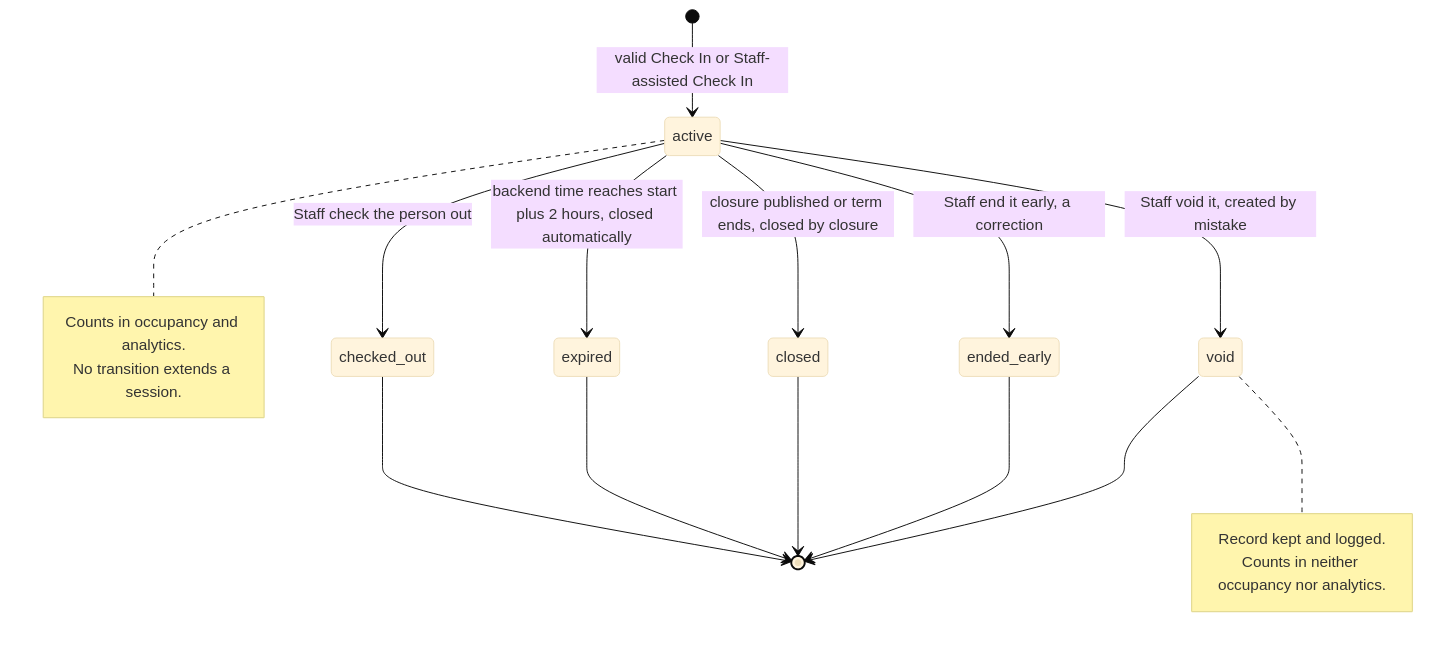
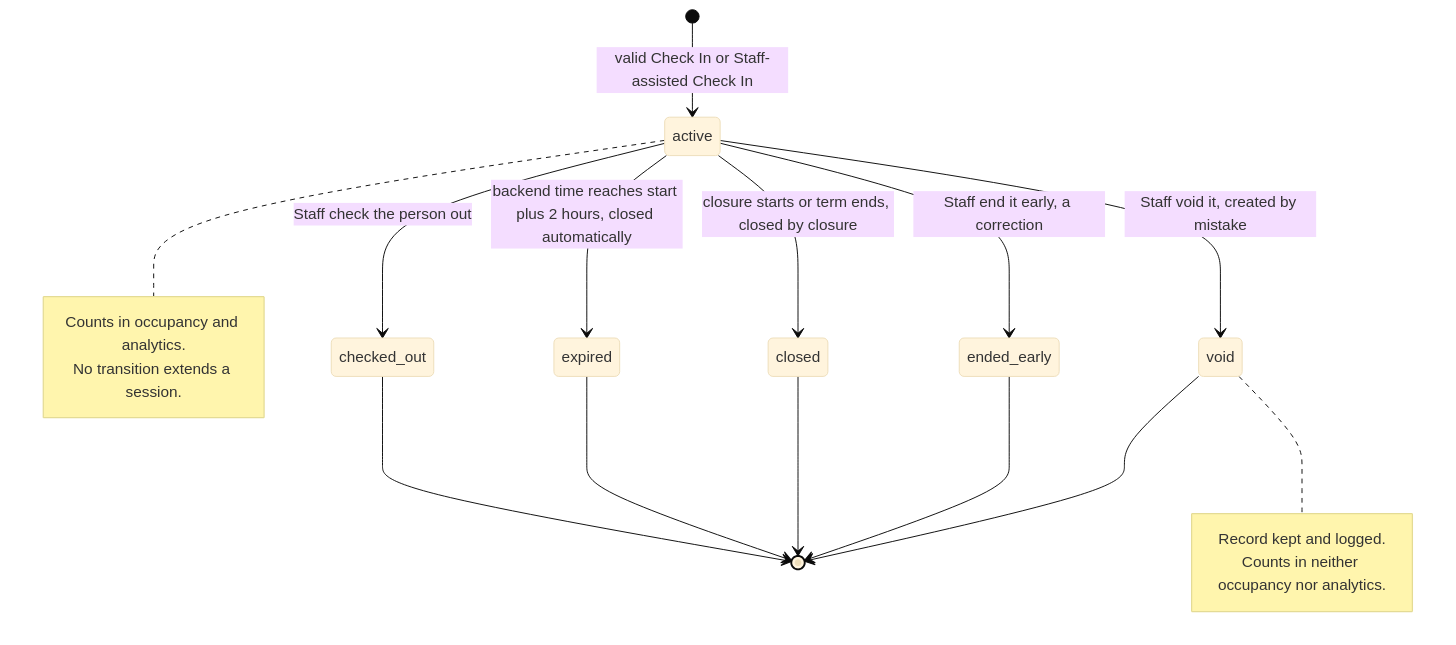
The fourth of 12 diagrams in docs/design/check-in-flows.md (Th3-Minorities/natatorio-gym-app), drawn with Mermaid (base theme) before and after one commit. The commit also changed other lines of this file and 3 other files, not shown here.

````diff
--- a/docs/design/check-in-flows.md
+++ b/docs/design/check-in-flows.md
@@ -141,23 +141,23 @@
 ```mermaid
 stateDiagram-v2
   [*] --> active : valid Check In or Staff-assisted Check In
   active --> checked_out : Staff check the person out
   active --> expired : backend time reaches start plus 2 hours, closed automatically
-  active --> closed : closure published or term ends, closed by closure
+  active --> closed : closure starts or term ends, closed by closure
   active --> ended_early : Staff end it early, a correction
   active --> void : Staff void it, created by mistake
   checked_out --> [*]
   expired --> [*]
   closed --> [*]
   ended_early --> [*]
   void --> [*]
 
   note right of active
     Counts in occupancy and analytics.
     No transition extends a session.
   end note
   note right of void
     Record kept and logged.
     Counts in neither occupancy nor analytics.
   end note
 ```
````
